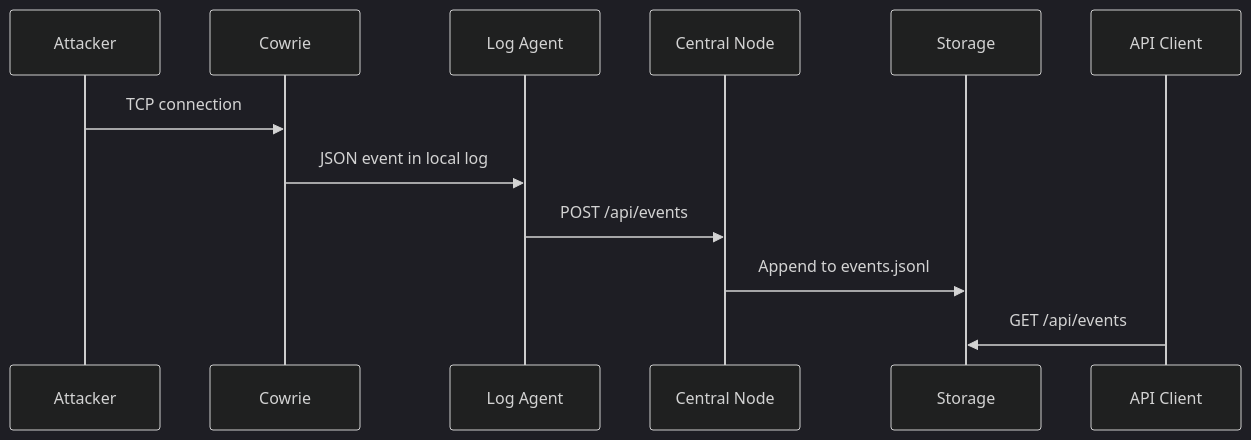
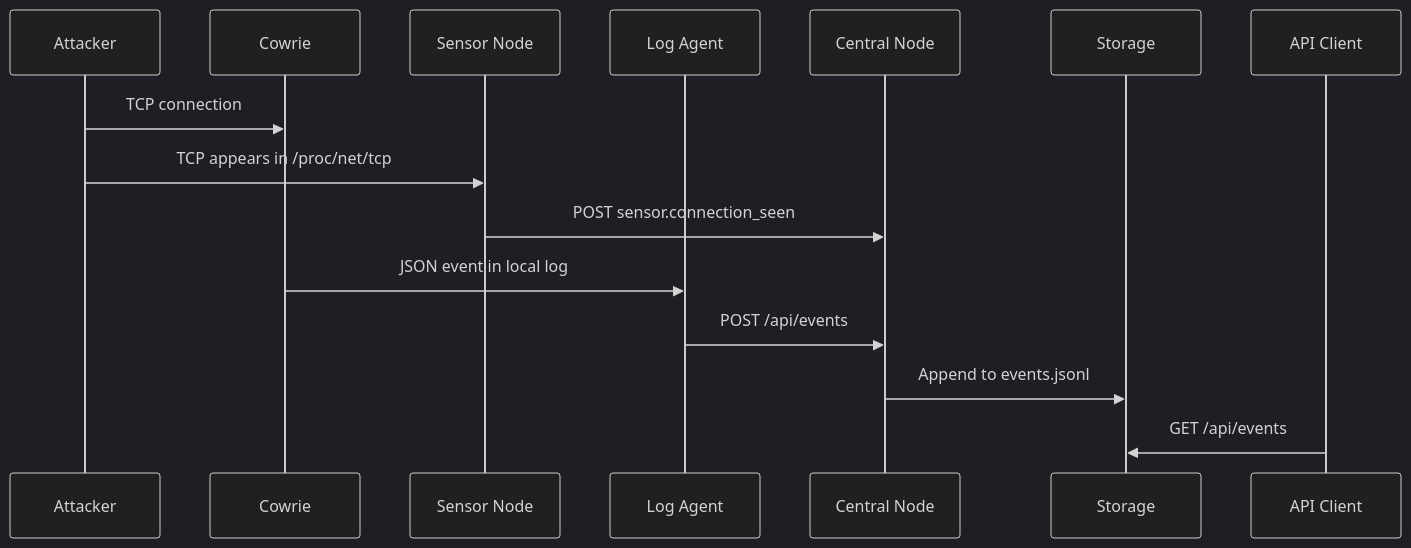
One commit to SoffTiAmS2/early-detection-complex changed the diagram in docs/architecture.md. Above: the diagram before and after it, drawn with Mermaid (dark theme). The commit also changed other lines of this file and 11 other files, not shown here.

Commit message:
Add managed sensor node runtime

````diff
--- a/docs/architecture.md
+++ b/docs/architecture.md
@@ -17,15 +18,18 @@
 ```mermaid
 sequenceDiagram
     participant A as Attacker
     participant H as Cowrie
+    participant N as Sensor Node
     participant L as Log Agent
     participant C as Central Node
     participant S as Storage
     participant D as API Client
 
     A->>H: TCP connection
+    A->>N: TCP appears in /proc/net/tcp
+    N->>C: POST sensor.connection_seen
     H->>L: JSON event in local log
     L->>C: POST /api/events
     C->>S: Append to events.jsonl
     D->>S: GET /api/events
 ```
````
